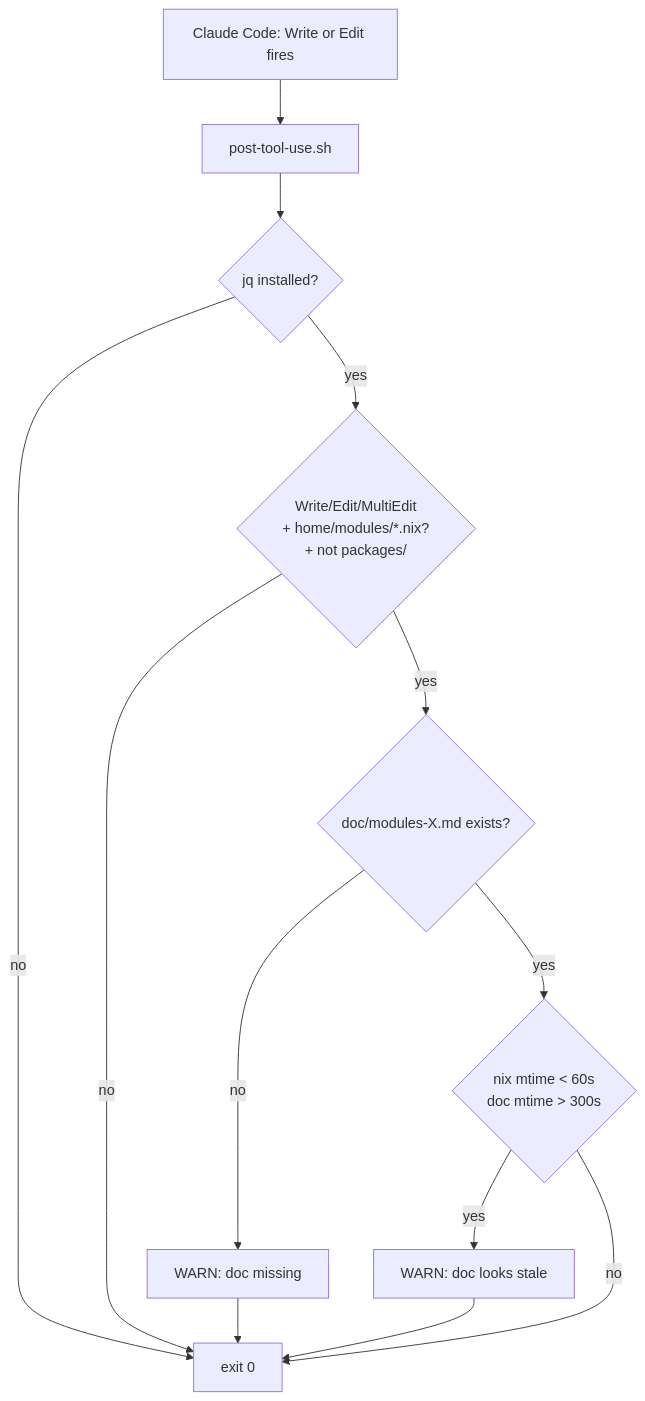
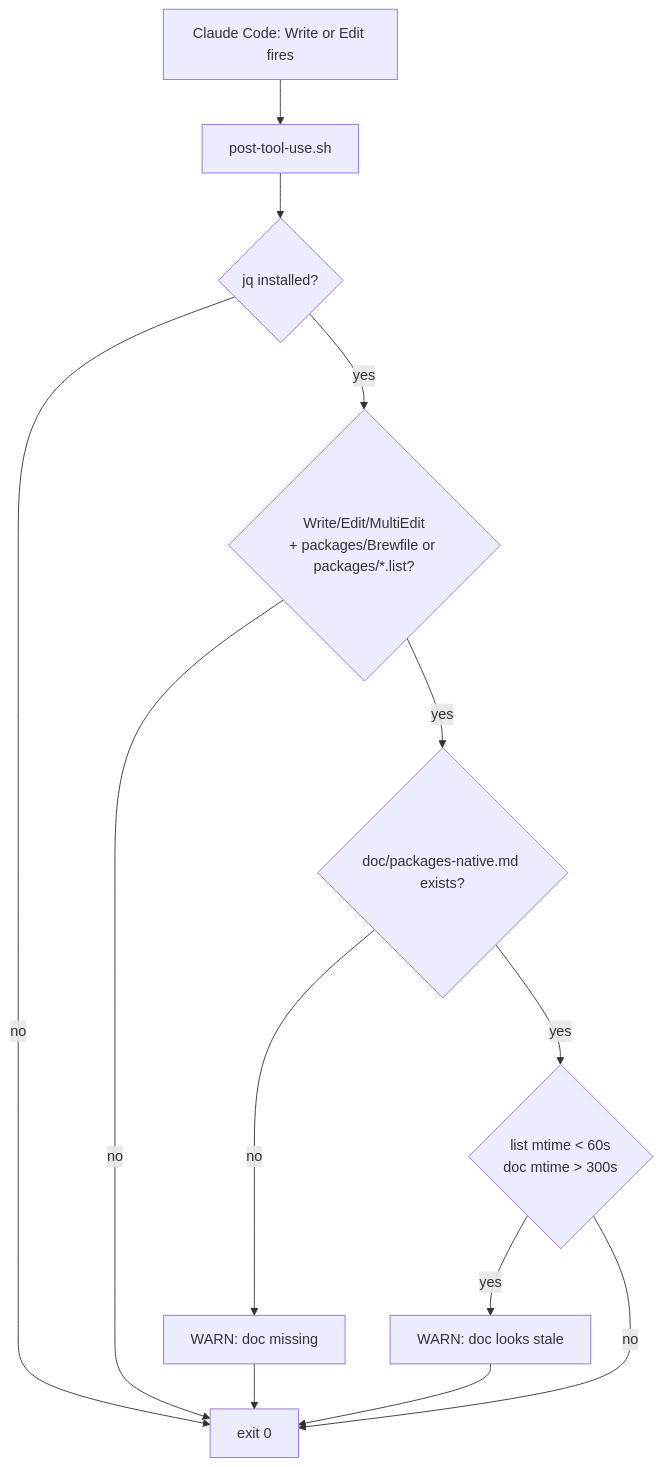
The diagram in doc/hooks/post-tool-use.md (raxetul/dotfiles), drawn with Mermaid before and after one commit. The commit also changed other lines of this file and 16 other files, not shown here.

First line of the commit message:
docs(v3-native): scrub residual Nix references across docs + hooks

````diff
--- a/doc/hooks/post-tool-use.md
+++ b/doc/hooks/post-tool-use.md
@@ -57,15 +55,15 @@
 ```mermaid
 graph TD
     PT[Claude Code: Write or Edit fires] --> H[post-tool-use.sh]
     H --> JQ{jq installed?}
     JQ -->|no| OK[exit 0]
-    JQ -->|yes| FILT{Write/Edit/MultiEdit<br/>+ home/modules/*.nix?<br/>+ not packages/}
+    JQ -->|yes| FILT{Write/Edit/MultiEdit<br/>+ packages/Brewfile or packages/*.list?}
     FILT -->|no| OK
-    FILT -->|yes| DOC{doc/modules-X.md exists?}
+    FILT -->|yes| DOC{doc/packages-native.md exists?}
     DOC -->|no| WARN1[WARN: doc missing]
-    DOC -->|yes| ST{nix mtime < 60s<br/>doc mtime > 300s}
+    DOC -->|yes| ST{list mtime < 60s<br/>doc mtime > 300s}
     ST -->|yes| WARN2[WARN: doc looks stale]
     ST -->|no| OK
     WARN1 --> OK
     WARN2 --> OK
 ```
````
